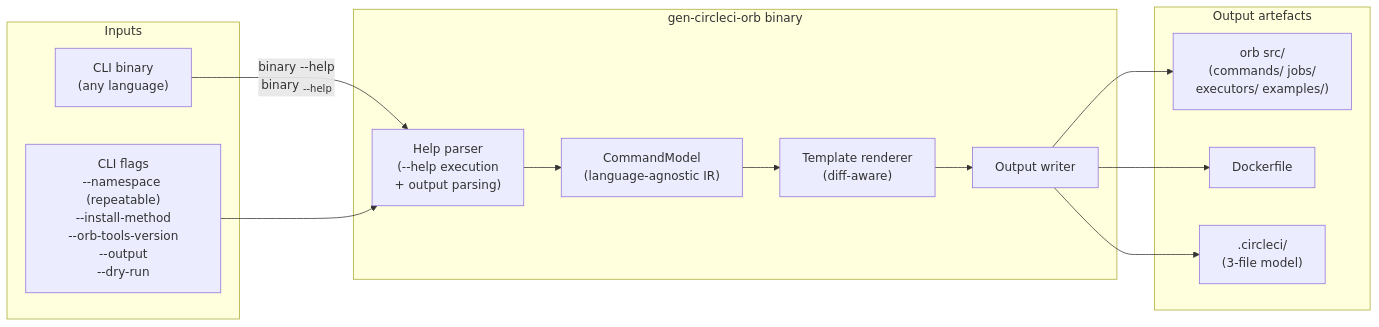
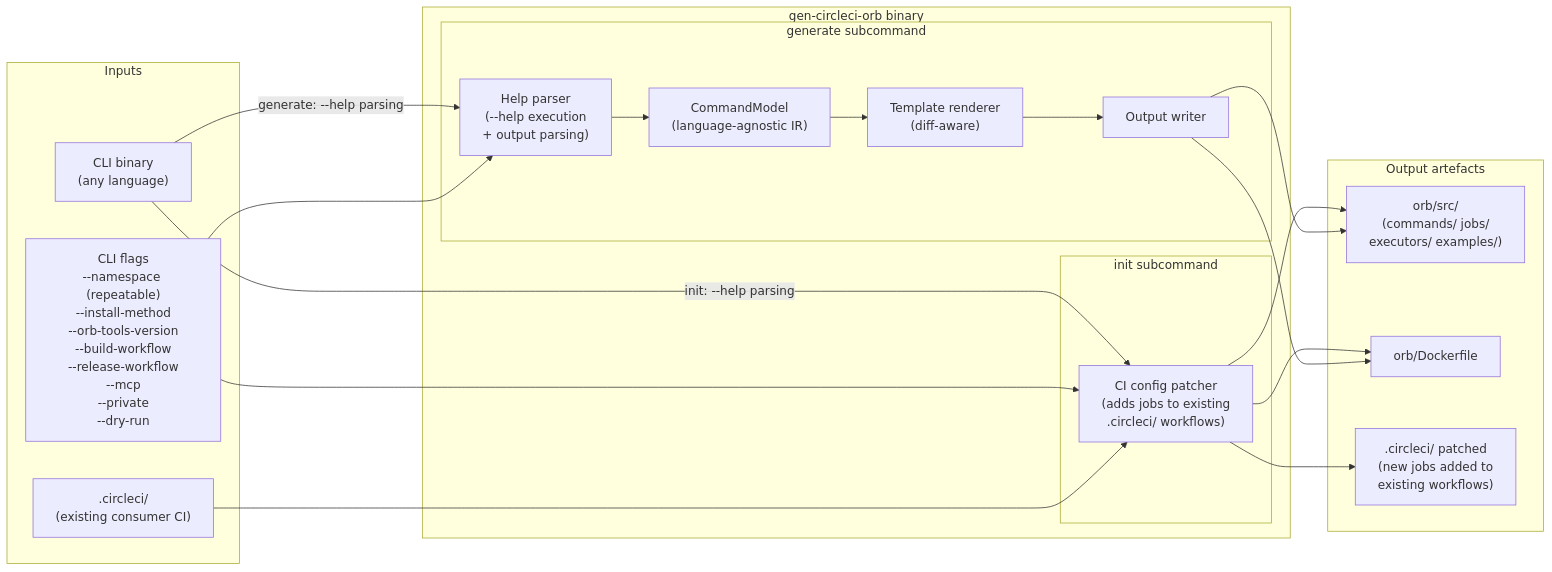
The third of 3 diagrams in docs/design.md (jerus-org/gen-circleci-orb), drawn with Mermaid before and after one commit. The commit also changed other lines of this file, not shown here.

First line of the commit message:
docs: incorporate review feedback — init command and user workflow

````diff
--- a/docs/design.md
+++ b/docs/design.md
@@ -300,27 +372,38 @@
 ```mermaid
 flowchart LR
     subgraph "gen-circleci-orb binary"
-        INTROSPECT["Help parser\n(--help execution\n+ output parsing)"]
-        MODEL["CommandModel\n(language-agnostic IR)"]
-        RENDER["Template renderer\n(diff-aware)"]
-        OUTPUT["Output writer"]
+        subgraph "init subcommand"
+            INIT_PATCH["CI config patcher\n(adds jobs to existing\n.circleci/ workflows)"]
+        end
+        subgraph "generate subcommand"
+            INTROSPECT["Help parser\n(--help execution\n+ output parsing)"]
+            MODEL["CommandModel\n(language-agnostic IR)"]
+            RENDER["Template renderer\n(diff-aware)"]
+            OUTPUT["Output writer"]
+        end
     end
 
     subgraph "Inputs"
         BIN["CLI binary\n(any language)"]
-        FLAGS["CLI flags\n--namespace (repeatable)\n--install-method\n--orb-tools-version\n--output\n--dry-run"]
+        FLAGS["CLI flags\n--namespace (repeatable)\n--install-method\n--orb-tools-version\n--build-workflow\n--release-workflow\n--mcp\n--private\n--dry-run"]
+        EXISTING[".circleci/\n(existing consumer CI)"]
     end
 
     subgraph "Output artefacts"
-        OA["orb src/\n(commands/ jobs/\nexecutors/ examples/)"]
-        OB["Dockerfile"]
-        OC[".circleci/\n(3-file model)"]
+        OA["orb/src/\n(commands/ jobs/\nexecutors/ examples/)"]
+        OB["orb/Dockerfile"]
+        OC[".circleci/ patched\n(new jobs added to\nexisting workflows)"]
     end
 
-    BIN -->|"binary --help\nbinary <sub> --help"| INTROSPECT
+    BIN -->|"init: --help parsing"| INIT_PATCH
+    FLAGS --> INIT_PATCH
+    EXISTING --> INIT_PATCH
+    INIT_PATCH --> OA & OB & OC
+
+    BIN -->|"generate: --help parsing"| INTROSPECT
     FLAGS --> INTROSPECT
     INTROSPECT --> MODEL
     MODEL --> RENDER
     RENDER --> OUTPUT
-    OUTPUT --> OA & OB & OC
+    OUTPUT --> OA & OB
 ```
````
